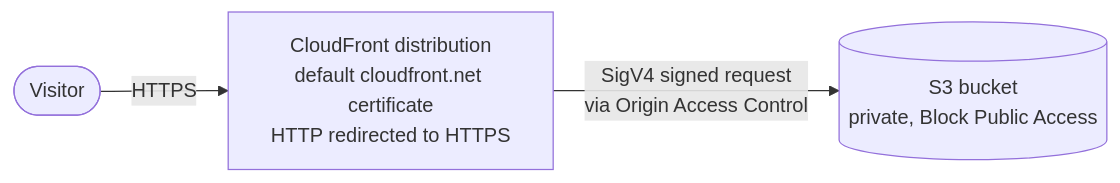
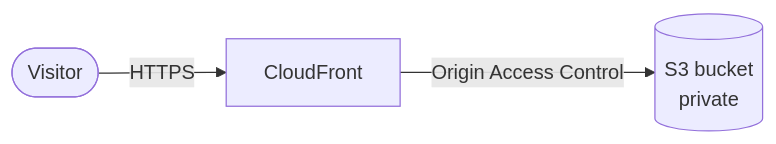
Before and after one commit to pedrohbortolini/cloud-resume-site: the diagram in docs/architecture/README.md, drawn with Mermaid. The commit also changed other lines of this file and 1 other file, not shown here.

Commit message:
docs: simplify README and architecture notes

````diff
--- a/docs/architecture/README.md
+++ b/docs/architecture/README.md
@@ -9,5 +5,5 @@
 ```mermaid
 flowchart LR
-    visitor(["Visitor"]) -- "HTTPS" --> cf["CloudFront distribution<br/>default cloudfront.net certificate<br/>HTTP redirected to HTTPS"]
-    cf -- "SigV4 signed request<br/>via Origin Access Control" --> s3[("S3 bucket<br/>private, Block Public Access")]
+    visitor(["Visitor"]) -- "HTTPS" --> cf["CloudFront"]
+    cf -- "Origin Access Control" --> s3[("S3 bucket<br/>private")]
 ```
````
